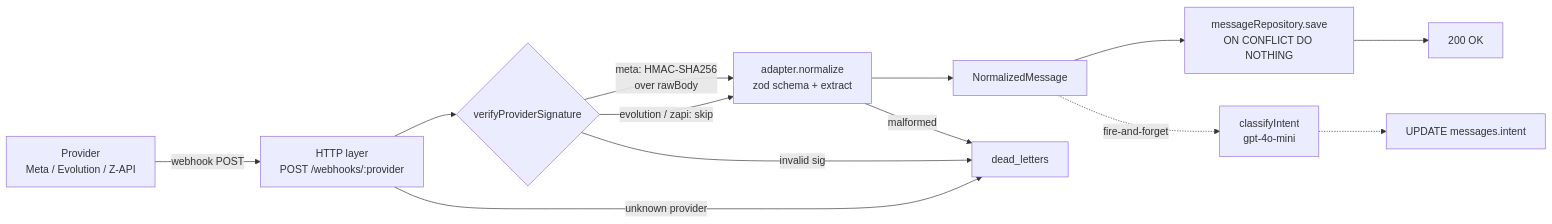
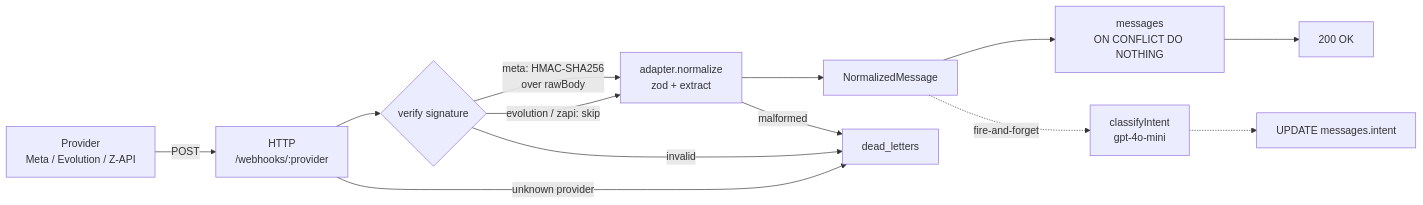
The diagram in README.md (gitsevero/whatsapp-webhook-normalizer), drawn with Mermaid before and after one commit. The commit also changed other lines of this file and 2 other files, not shown here.

First line of the commit message:
docs: surface endpoints at top of readme; tighten adrs and provider guide

````diff
--- a/README.md
+++ b/README.md
@@ -30,15 +40,15 @@
 ```mermaid
 flowchart LR
-    WA[Provider<br/>Meta / Evolution / Z-API] -->|webhook POST| SRV[HTTP layer<br/>POST /webhooks/:provider]
-    SRV --> SIG{verifyProviderSignature}
+    WA[Provider<br/>Meta / Evolution / Z-API] -->|POST| SRV[HTTP<br/>/webhooks/:provider]
+    SRV --> SIG{verify signature}
     SIG -->|meta: HMAC-SHA256<br/>over rawBody| OK
     SIG -->|evolution / zapi: skip| OK
-    OK[adapter.normalize<br/>zod schema + extract] --> NM[NormalizedMessage]
-    NM --> REPO[messageRepository.save<br/>ON CONFLICT DO NOTHING]
+    OK[adapter.normalize<br/>zod + extract] --> NM[NormalizedMessage]
+    NM --> REPO[messages<br/>ON CONFLICT DO NOTHING]
     REPO --> RES[200 OK]
     NM -.fire-and-forget.-> LLM[classifyIntent<br/>gpt-4o-mini]
     LLM -.-> UPDATE[UPDATE messages.intent]
-    SIG -->|invalid sig| DL[dead_letters]
+    SIG -->|invalid| DL[dead_letters]
     OK -->|malformed| DL
     SRV -->|unknown provider| DL
 ```
````
